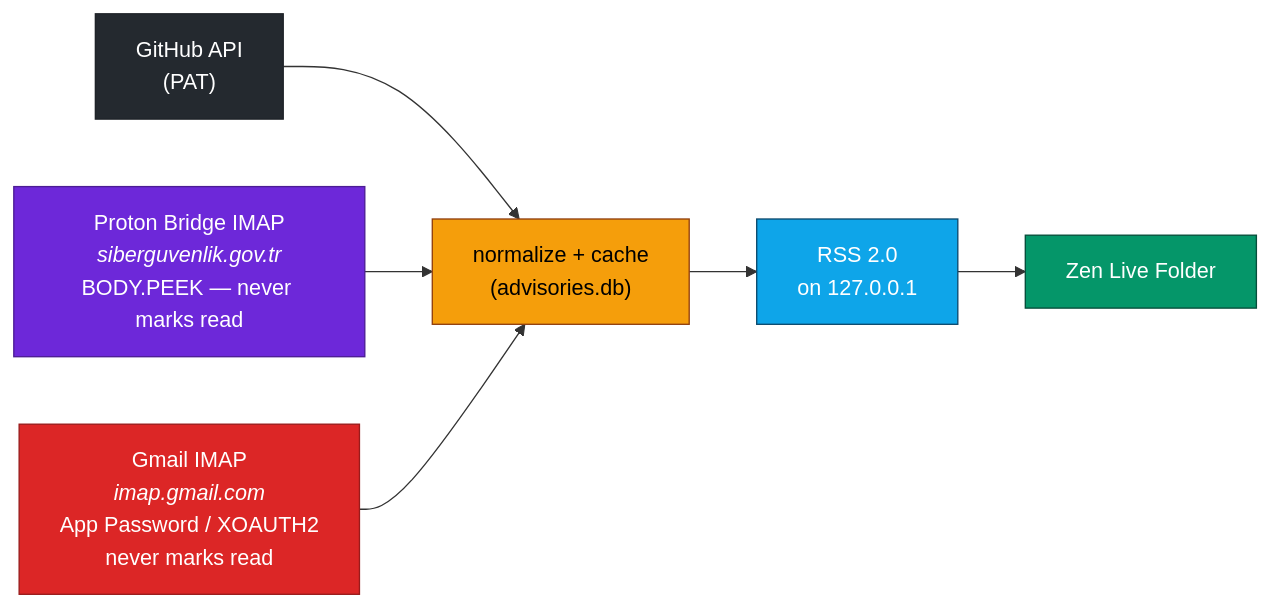
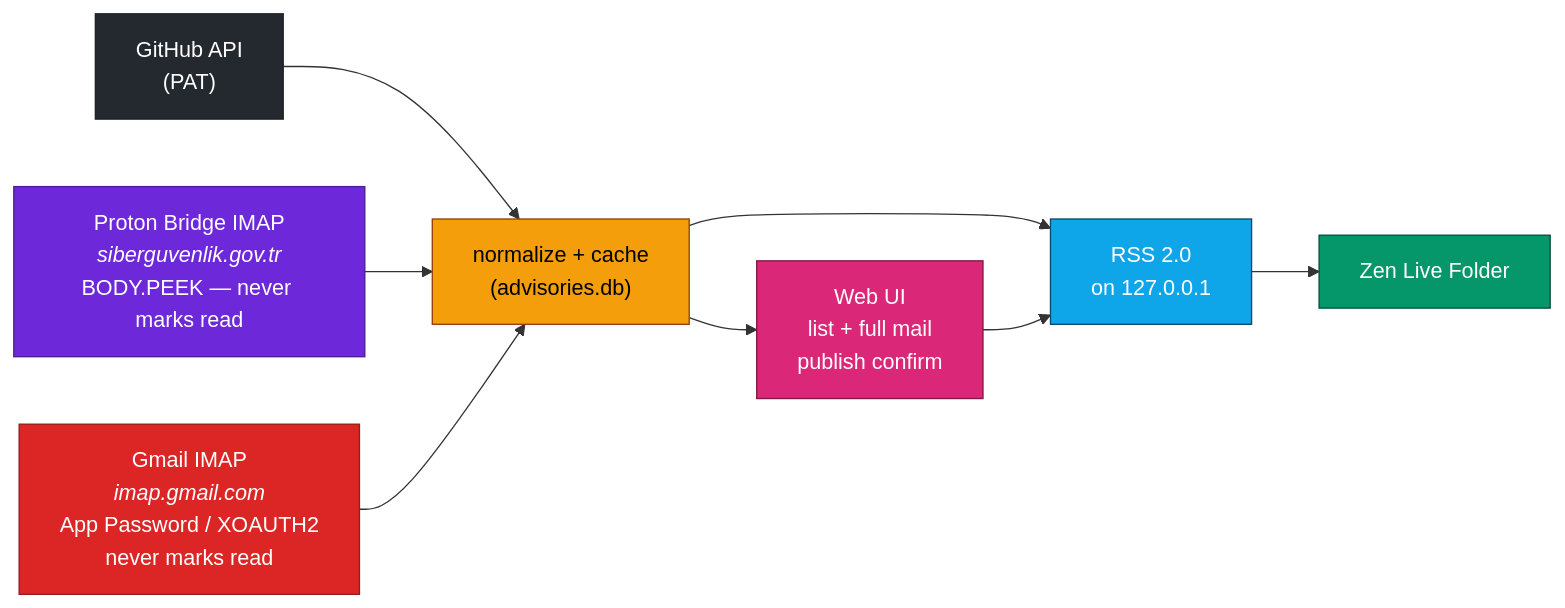
Before and after one commit to Lunixizm0/Advisory-RSS: the first of 2 diagrams in README.md, drawn with Mermaid. The commit also changed other lines of this file and 19 other files, not shown here.

Commit message:
feat: Add minimal web UI with full CERT-TR mail view and publish confirmation

````diff
--- a/README.md
+++ b/README.md
@@ -5,20 +5,23 @@
 ```mermaid
 flowchart LR
     GH["GitHub API<br/>(PAT)"]
     PB["Proton Bridge IMAP<br/><i>siberguvenlik.gov.tr</i><br/>BODY.PEEK — never marks read"]
     GM["Gmail IMAP<br/><i>imap.gmail.com</i><br/>App Password / XOAUTH2<br/>never marks read"]
 
     GH --> NORM["normalize + cache<br/>(advisories.db)"]
     PB --> NORM
     GM --> NORM
 
     NORM --> RSS["RSS 2.0<br/>on 127.0.0.1"]
+    NORM --> UI["Web UI<br/>list + full mail<br/>publish confirm"]
     RSS --> ZEN["Zen Live Folder"]
+    UI --> RSS
 
     style GH fill:#24292f,stroke:#1f2328,color:#fff
     style PB fill:#6d28d9,stroke:#4c1d95,color:#fff
     style GM fill:#dc2626,stroke:#991b1b,color:#fff
     style NORM fill:#f59e0b,stroke:#92400e,color:#000
     style RSS fill:#0ea5e9,stroke:#0c4a6e,color:#fff
+    style UI fill:#db2777,stroke:#831843,color:#fff
     style ZEN fill:#059669,stroke:#064e3b,color:#fff
 ```
````
